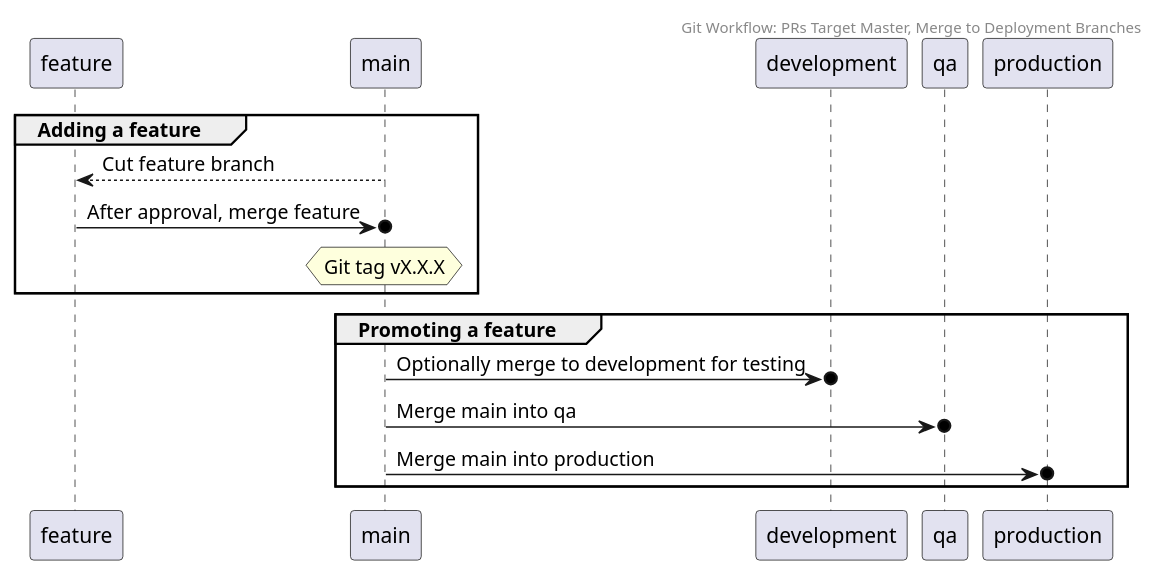
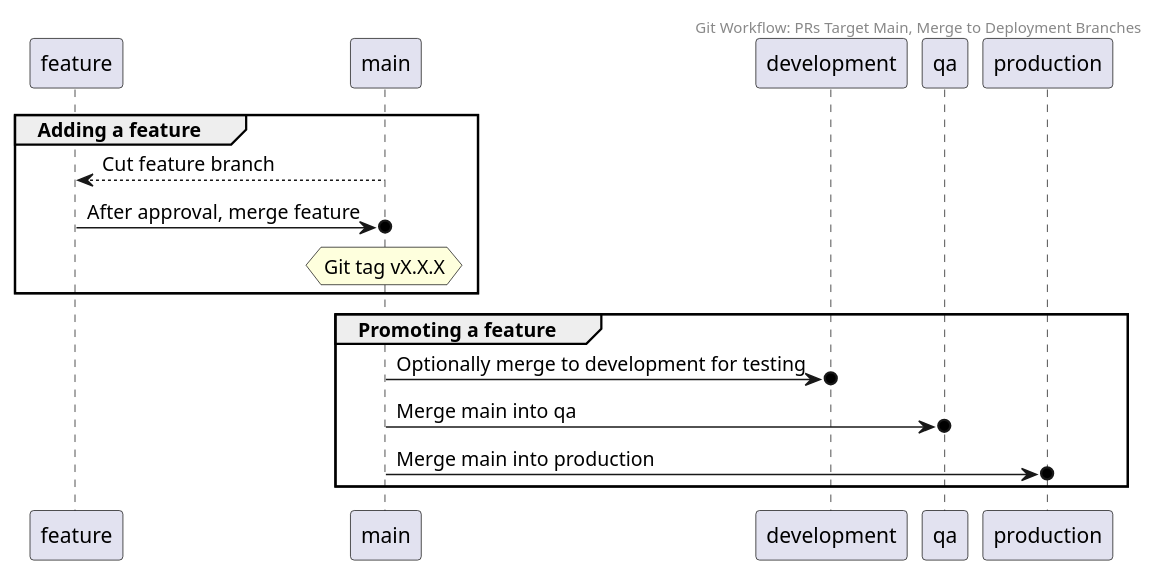
The diagram in standards/assets/git-workflow-prs-target-main-merge-to-deployment-branches.plantuml (NYPL/engineering-general), drawn with PlantUML before and after one commit. The commit also changed 9 other files, not shown here.

```diff
--- a/standards/assets/git-workflow-prs-target-main-merge-to-deployment-branches.plantuml
+++ b/standards/assets/git-workflow-prs-target-main-merge-to-deployment-branches.plantuml
@@ -1,21 +1,21 @@
 @startuml
 
-Header Git Workflow: PRs Target Master, Merge to Deployment Branches
+Header Git Workflow: PRs Target Main, Merge to Deployment Branches
 
 group Adding a feature
 
   feature <-- main: Cut feature branch
   feature ->o main: After approval, merge feature
   hnote over main: Git tag vX.X.X
    
 end
 
 group Promoting a feature
 
   main ->o development: Optionally merge to development for testing
   main ->o qa: Merge main into qa
   main ->o production: Merge main into production
 
 end
 
 @enduml
```
